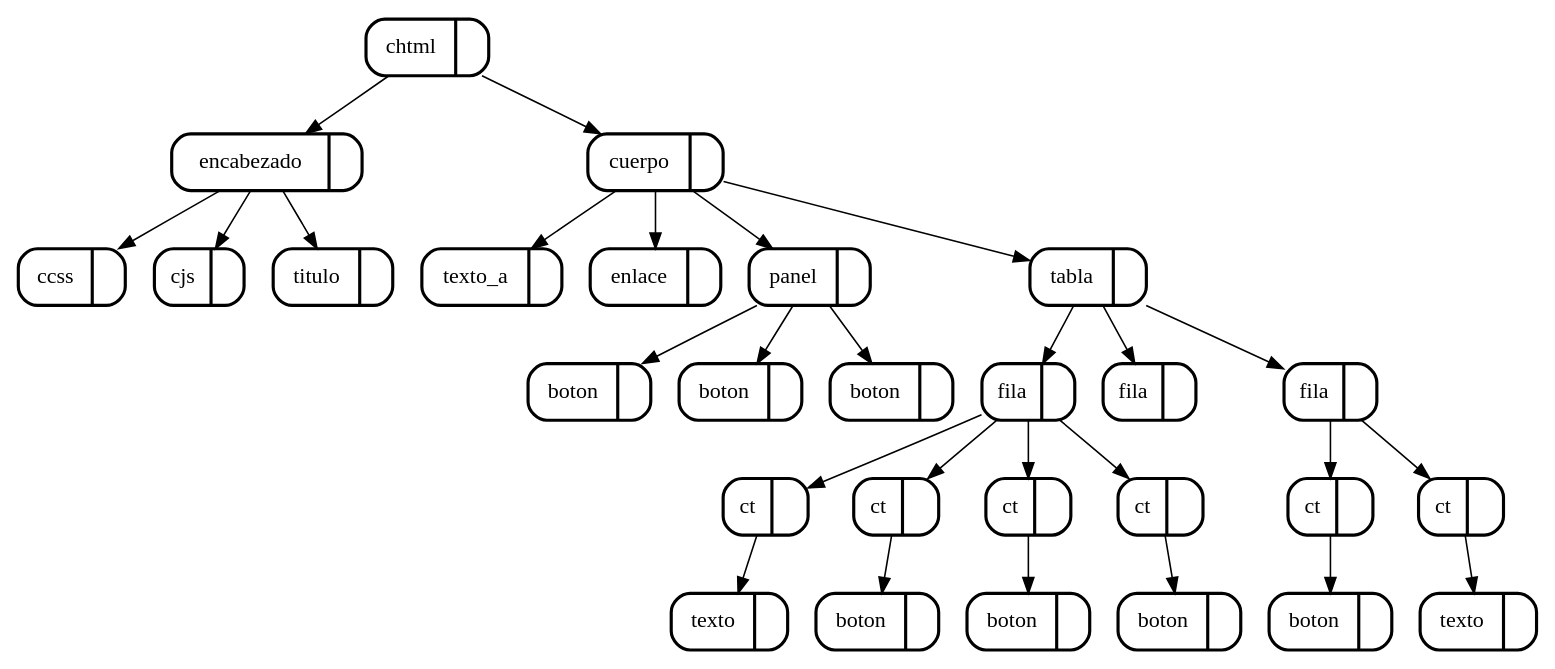
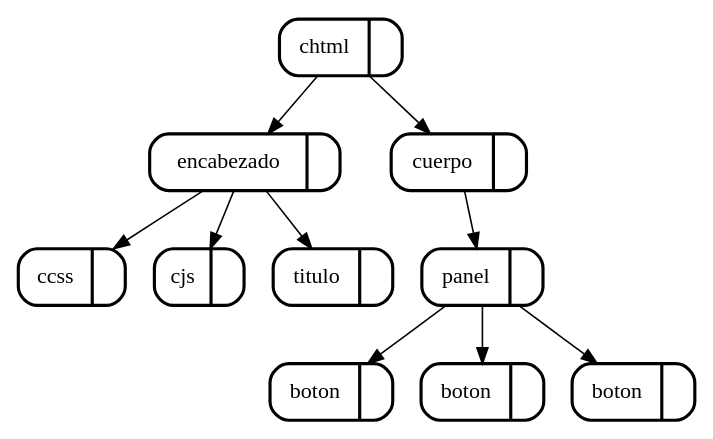
The diagram in USAC_WEB/Imagenes/arbol_dom.dot (skrillfer/1s2018_CMP2P1), drawn with Graphviz before and after one commit. The commit also changed 11 other files, not shown here.

```diff
--- a/USAC_WEB/Imagenes/arbol_dom.dot
+++ b/USAC_WEB/Imagenes/arbol_dom.dot
@@ -1,59 +1,23 @@
 digraph G {
 node[shape=Mrecord]
-96[label="chtml | ",style=bold]
-95[label="encabezado | ",style=bold]
-{96}->{95}
+44[label="chtml | ",style=bold]
+43[label="encabezado | ",style=bold]
+{44}->{43}
 3[label="ccss | ",style=bold]
-{95}->{3}
+{43}->{3}
 7[label="cjs | ",style=bold]
-{95}->{7}
+{43}->{7}
 9[label="titulo | ",style=bold]
-{95}->{9}
-93[label="cuerpo | ",style=bold]
-{96}->{93}
-12[label="texto_a | ",style=bold]
-{93}->{12}
-16[label="enlace | ",style=bold]
-{93}->{16}
-44[label="panel | ",style=bold]
-{93}->{44}
-28[label="boton | ",style=bold]
-{44}->{28}
-36[label="boton | ",style=bold]
-{44}->{36}
-43[label="boton | ",style=bold]
-{44}->{43}
-91[label="tabla | ",style=bold]
-{93}->{91}
-74[label="fila | ",style=bold]
-{91}->{74}
-55[label="ct | ",style=bold]
-{74}->{55}
-54[label="texto | ",style=bold]
-{55}->{54}
-61[label="ct | ",style=bold]
-{74}->{61}
-60[label="boton | ",style=bold]
-{61}->{60}
-67[label="ct | ",style=bold]
-{74}->{67}
-66[label="boton | ",style=bold]
-{67}->{66}
-73[label="ct | ",style=bold]
-{74}->{73}
-72[label="boton | ",style=bold]
-{73}->{72}
-77[label="fila | ",style=bold]
-{91}->{77}
-90[label="fila | ",style=bold]
-{91}->{90}
-84[label="ct | ",style=bold]
-{90}->{84}
-83[label="boton | ",style=bold]
-{84}->{83}
-89[label="ct | ",style=bold]
-{90}->{89}
-88[label="texto | ",style=bold]
-{89}->{88}
+{43}->{9}
+41[label="cuerpo | ",style=bold]
+{44}->{41}
+38[label="panel | ",style=bold]
+{41}->{38}
+22[label="boton | ",style=bold]
+{38}->{22}
+30[label="boton | ",style=bold]
+{38}->{30}
+37[label="boton | ",style=bold]
+{38}->{37}
 
 }
```
